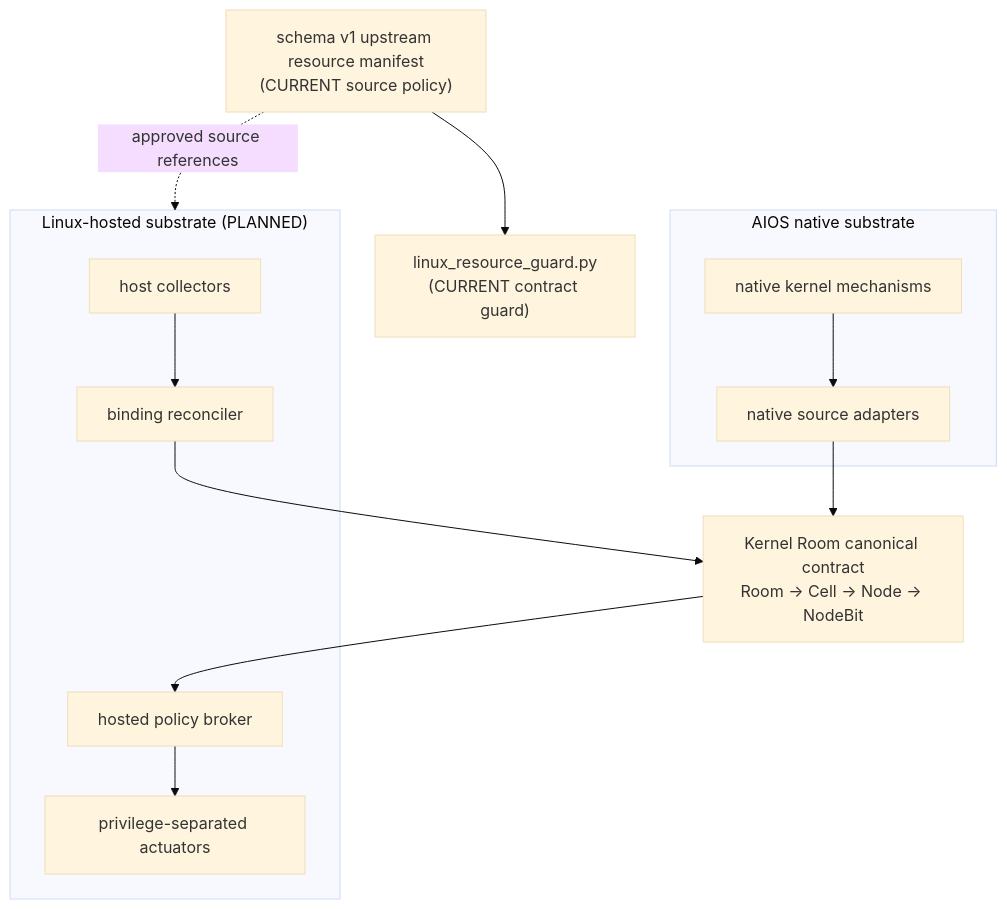
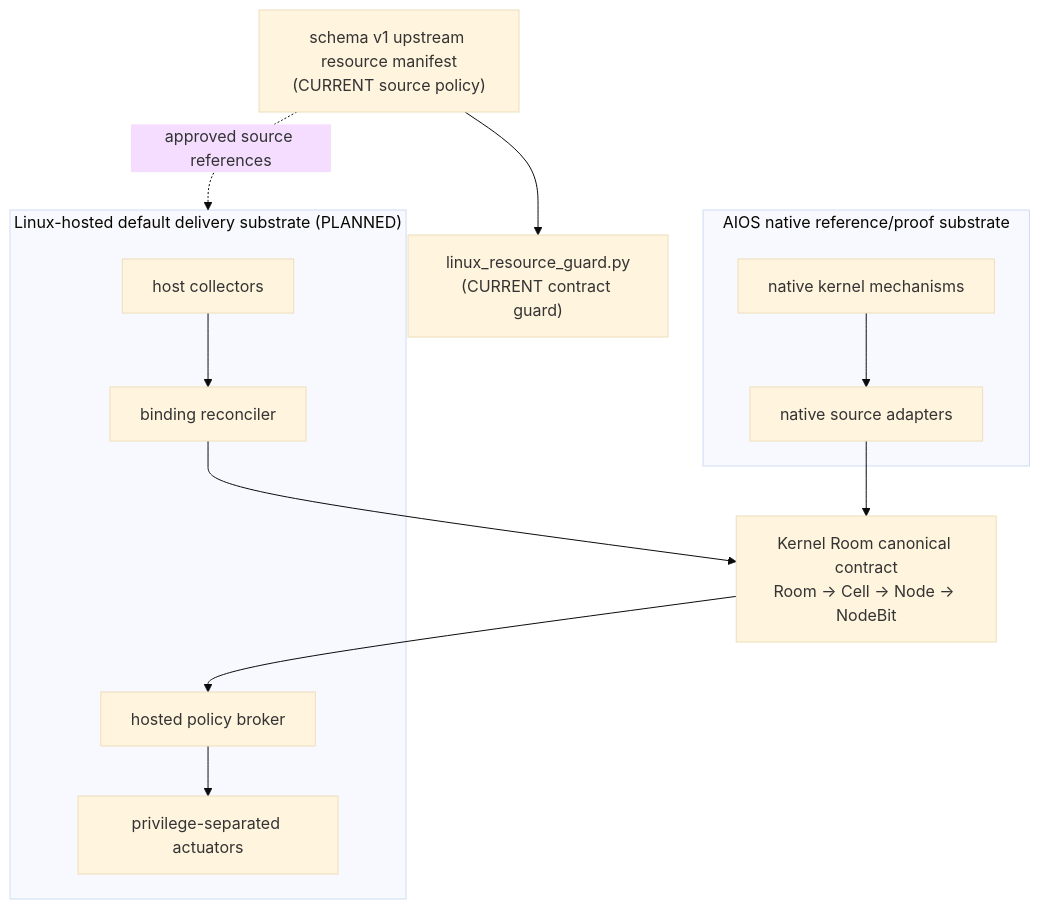
Before and after one commit to tjwlstj/aios-kernel: the diagram in docs/os/linux_hosted_substrate_and_resource_policy_ko.md, drawn with Mermaid (base theme). The commit also changed other lines of this file and 19 other files, not shown here.

Commit message:
docs: set Linux-hosted as default delivery path

````diff
--- a/docs/os/linux_hosted_substrate_and_resource_policy_ko.md
+++ b/docs/os/linux_hosted_substrate_and_resource_policy_ko.md
@@ -269,27 +277,27 @@
 ```mermaid
 flowchart TB
     M["schema v1 upstream resource manifest<br/>(CURRENT source policy)"]
     G["linux_resource_guard.py<br/>(CURRENT contract guard)"]
     C["Kernel Room canonical contract<br/>Room -> Cell -> Node -> NodeBit"]
 
-    subgraph N["AIOS native substrate"]
+    subgraph N["AIOS native reference/proof substrate"]
         NK["native kernel mechanisms"]
         NA["native source adapters"]
     end
 
-    subgraph L["Linux-hosted substrate (PLANNED)"]
+    subgraph L["Linux-hosted default delivery substrate (PLANNED)"]
         LC["host collectors"]
         LR["binding reconciler"]
         LB["hosted policy broker"]
         LA["privilege-separated actuators"]
     end
 
     M --> G
     M -. "approved source references" .-> L
     NA --> C
     LC --> LR
     LR --> C
     C --> LB
     LB --> LA
     NK --> NA
 ```
````
